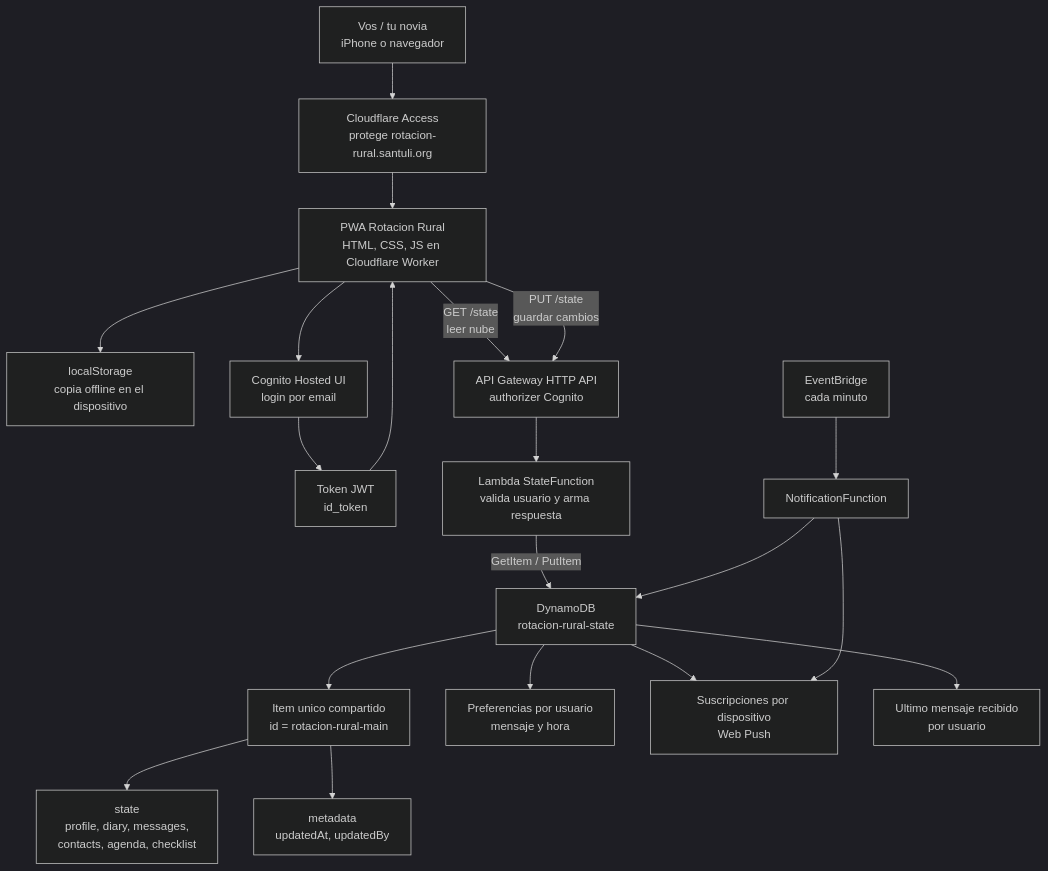
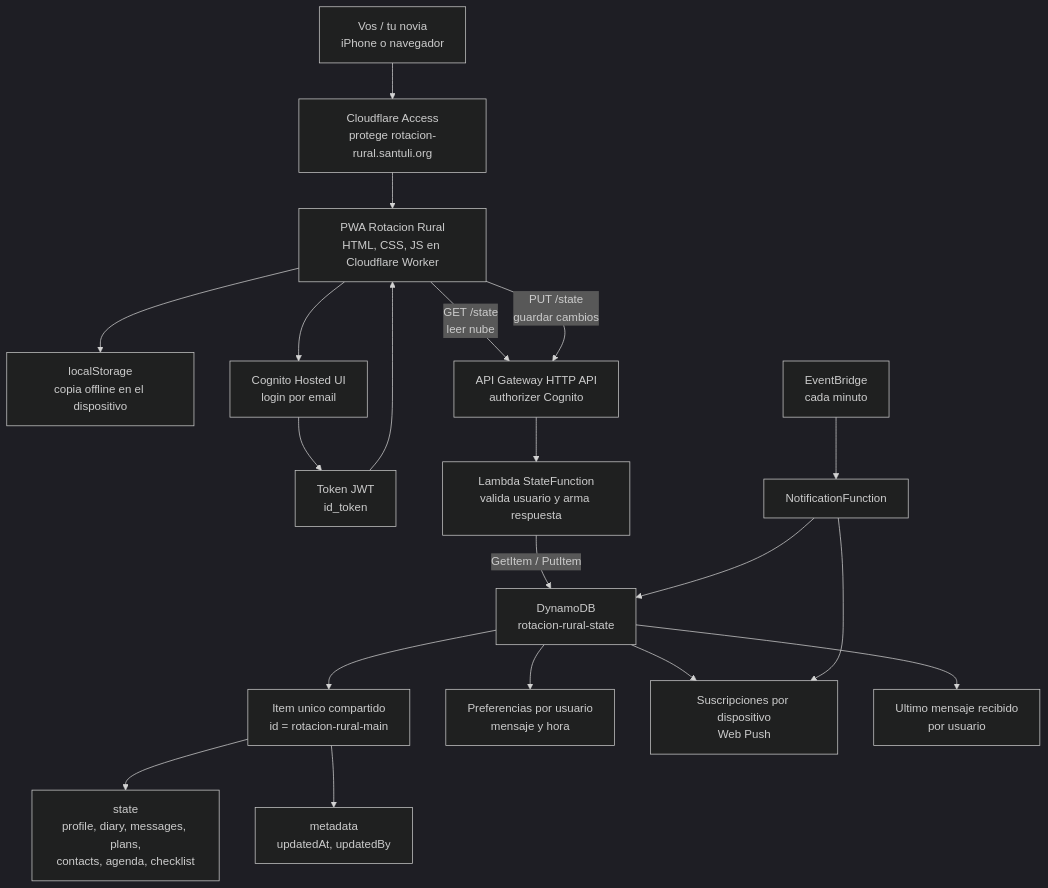
The diagram in aws/DATABASE.md (SantiFernandez17/rotacion-rural), drawn with Mermaid (dark theme) before and after one commit. The commit also changed other lines of this file and 4 other files, not shown here.

````diff
--- a/aws/DATABASE.md
+++ b/aws/DATABASE.md
@@ -7,27 +7,27 @@
 ```mermaid
 flowchart TD
   U["Vos / tu novia<br/>iPhone o navegador"] --> CF["Cloudflare Access<br/>protege rotacion-rural.santuli.org"]
   CF --> APP["PWA Rotacion Rural<br/>HTML, CSS, JS en Cloudflare Worker"]
 
   APP --> LS["localStorage<br/>copia offline en el dispositivo"]
 
   APP --> COG["Cognito Hosted UI<br/>login por email"]
   COG --> TOK["Token JWT<br/>id_token"]
   TOK --> APP
 
   APP -->|GET /state<br/>leer nube| API["API Gateway HTTP API<br/>authorizer Cognito"]
   APP -->|PUT /state<br/>guardar cambios| API
 
   API --> LAMBDA["Lambda StateFunction<br/>valida usuario y arma respuesta"]
   LAMBDA -->|GetItem / PutItem| DB["DynamoDB<br/>rotacion-rural-state"]
 
   DB --> ITEM["Item unico compartido<br/>id = rotacion-rural-main"]
-  ITEM --> STATE["state<br/>profile, diary, messages,<br/>contacts, agenda, checklist"]
+  ITEM --> STATE["state<br/>profile, diary, messages, plans,<br/>contacts, agenda, checklist"]
   ITEM --> META["metadata<br/>updatedAt, updatedBy"]
   DB --> PREF["Preferencias por usuario<br/>mensaje y hora"]
   DB --> PUSH["Suscripciones por dispositivo<br/>Web Push"]
   DB --> INBOX["Ultimo mensaje recibido<br/>por usuario"]
   SCHED["EventBridge<br/>cada minuto"] --> NL["NotificationFunction"]
   NL --> DB
   NL --> PUSH
 ```
````
